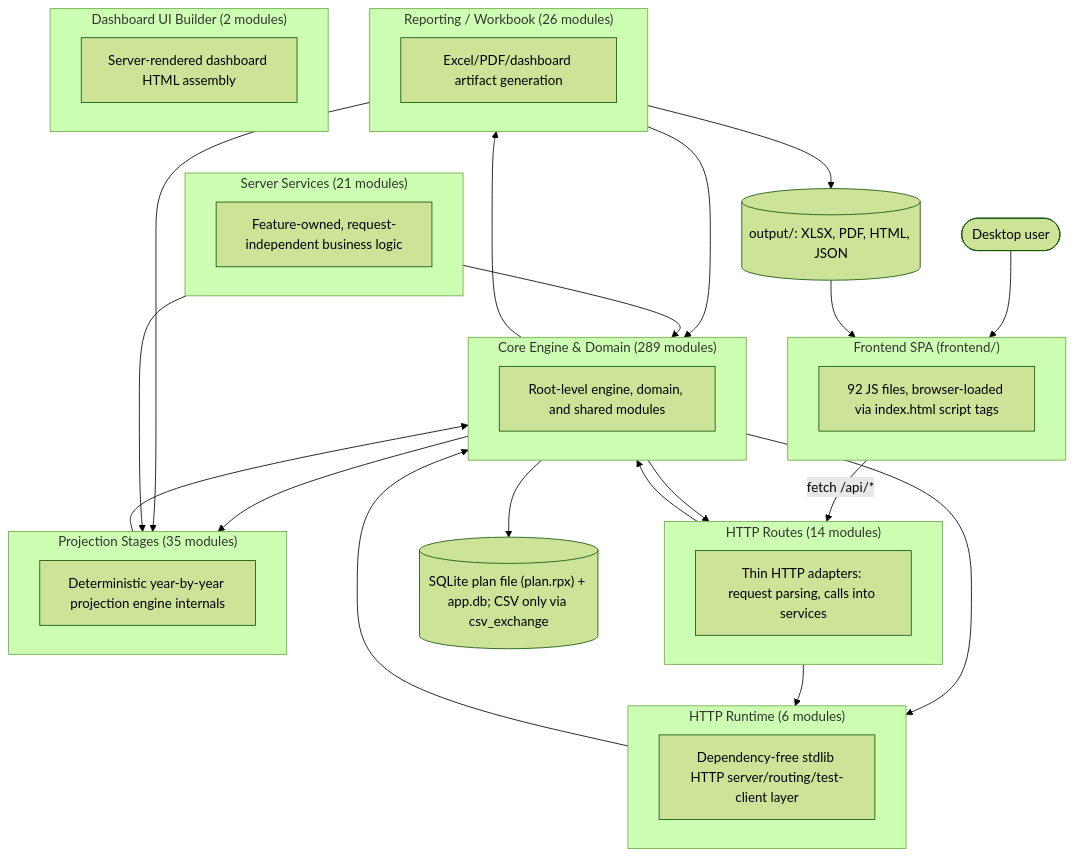
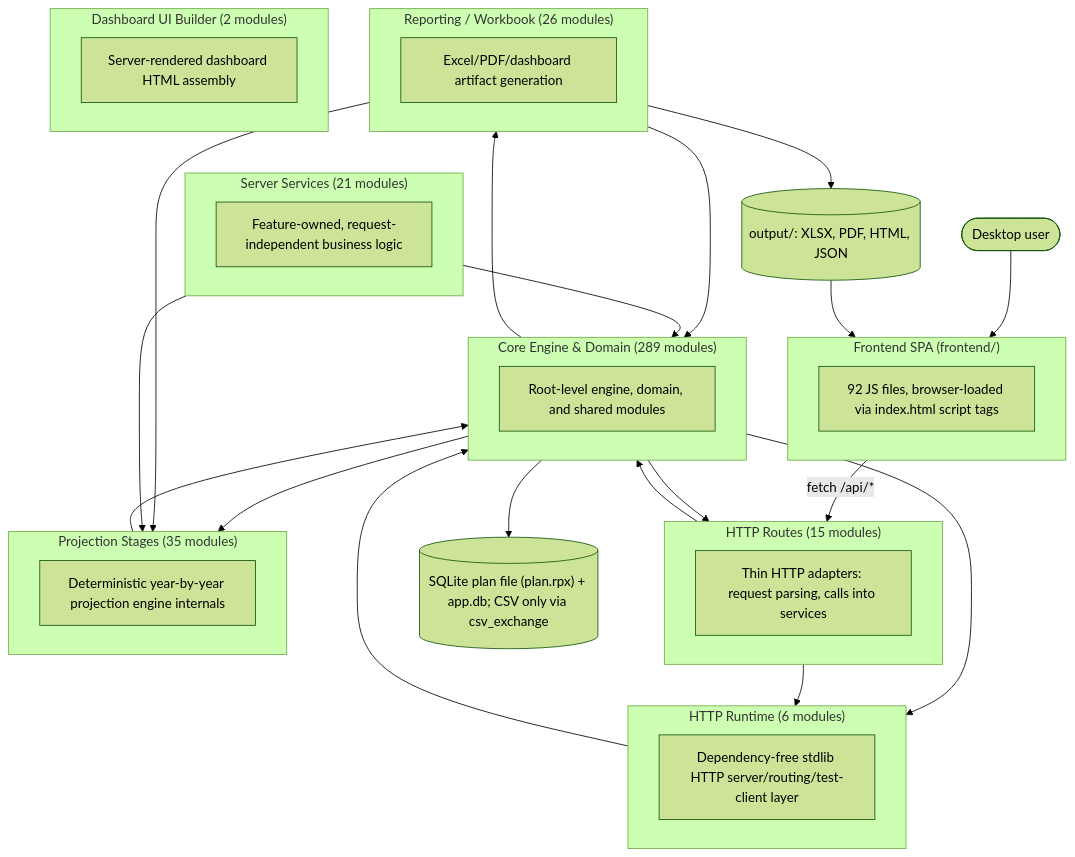
Before and after one commit to matthartzman/retirement_system: the first of 2 diagrams in documentation/reference/SYSTEM_ARCHITECTURE_DIAGRAM.md, drawn with Mermaid (forest theme). The commit also changed other lines of this file and 4 other files, not shown here.

````diff
--- a/documentation/reference/SYSTEM_ARCHITECTURE_DIAGRAM.md
+++ b/documentation/reference/SYSTEM_ARCHITECTURE_DIAGRAM.md
@@ -11,44 +11,44 @@
 ```mermaid
 flowchart TB
     User(["Desktop user"]) --> FE
     subgraph FE["Frontend SPA (frontend/)"]
         FEcount["92 JS files, browser-loaded via index.html script tags"]
     end
     FE -->|fetch /api/*| L_HTTP_Routes
-    subgraph L_HTTP_Routes["HTTP Routes (14 modules)"]
+    subgraph L_HTTP_Routes["HTTP Routes (15 modules)"]
         L_HTTP_Routes_d["Thin HTTP adapters: request parsing, calls into services"]
     end
     subgraph L_Server_Services["Server Services (21 modules)"]
         L_Server_Services_d["Feature-owned, request-independent business logic"]
     end
     subgraph L_HTTP_Runtime["HTTP Runtime (6 modules)"]
         L_HTTP_Runtime_d["Dependency-free stdlib HTTP server/routing/test-client layer"]
     end
     subgraph L_Core_Engine___Domain["Core Engine & Domain (289 modules)"]
         L_Core_Engine___Domain_d["Root-level engine, domain, and shared modules"]
     end
     subgraph L_Projection_Stages["Projection Stages (35 modules)"]
         L_Projection_Stages_d["Deterministic year-by-year projection engine internals"]
     end
     subgraph L_Reporting___Workbook["Reporting / Workbook (26 modules)"]
         L_Reporting___Workbook_d["Excel/PDF/dashboard artifact generation"]
     end
     subgraph L_Dashboard_UI_Builder["Dashboard UI Builder (2 modules)"]
         L_Dashboard_UI_Builder_d["Server-rendered dashboard HTML assembly"]
     end
     L_Core_Engine___Domain --> L_HTTP_Routes
     L_Core_Engine___Domain --> L_HTTP_Runtime
     L_Core_Engine___Domain --> L_Projection_Stages
     L_Core_Engine___Domain --> L_Reporting___Workbook
     L_HTTP_Routes --> L_Core_Engine___Domain
     L_HTTP_Routes --> L_HTTP_Runtime
     L_HTTP_Runtime --> L_Core_Engine___Domain
     L_Projection_Stages --> L_Core_Engine___Domain
     L_Reporting___Workbook --> L_Core_Engine___Domain
     L_Reporting___Workbook --> L_Projection_Stages
     L_Server_Services --> L_Core_Engine___Domain
     L_Server_Services --> L_Projection_Stages
     L_Core_Engine___Domain --> DB[("SQLite plan file (plan.rpx) + app.db; CSV only via csv_exchange")]
     L_Reporting___Workbook --> Outputs[("output/: XLSX, PDF, HTML, JSON")]
     Outputs --> FE
 ```
````
